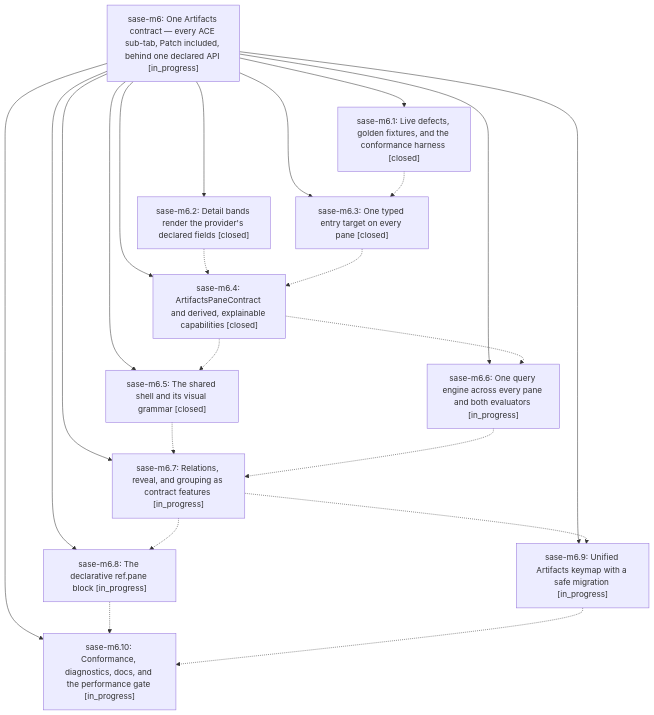
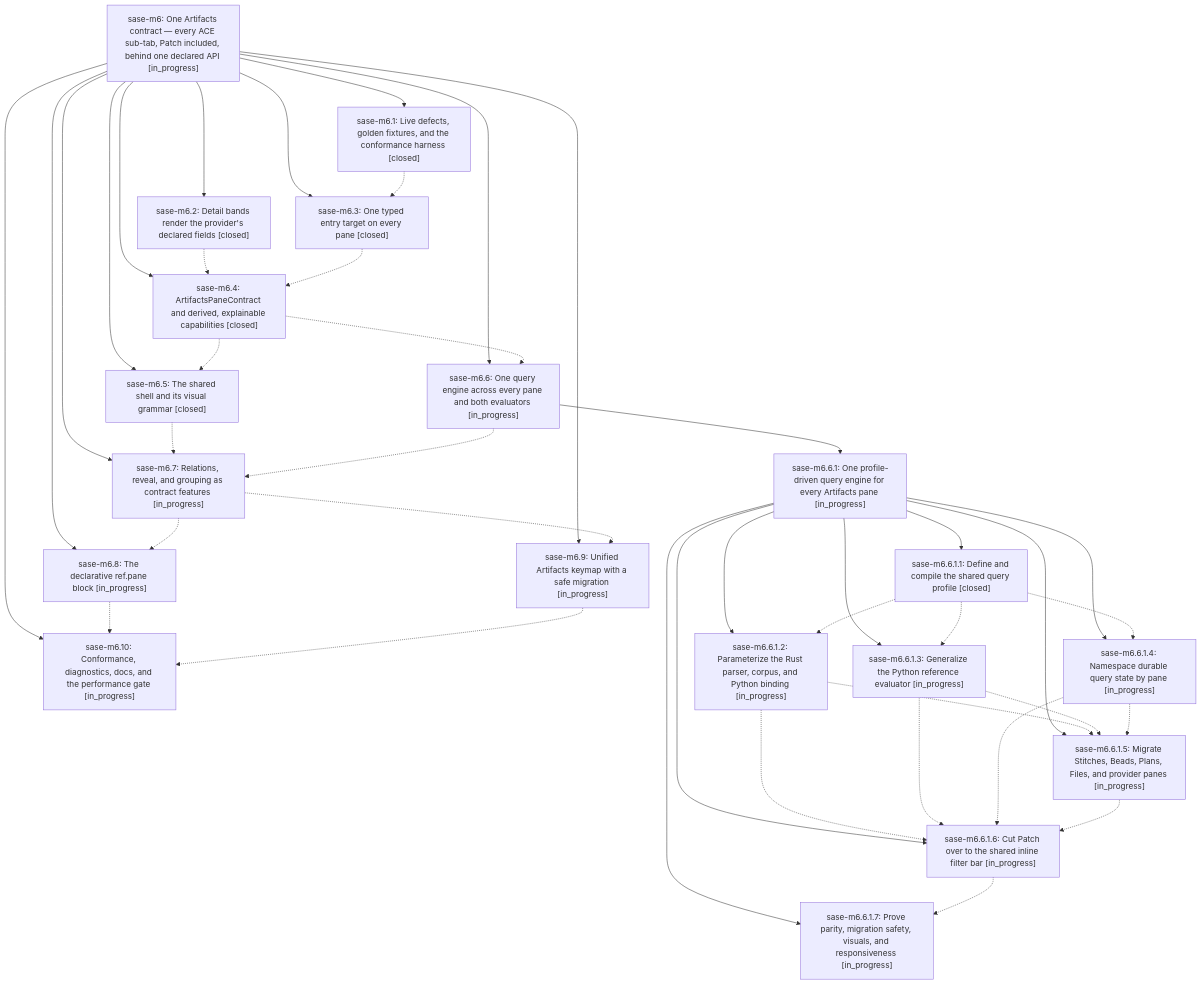
Before and after one commit to sase-org/sase--beads: the diagram in pages/sase-m6/README.md, drawn with Mermaid. The commit also changed other lines of this file and 9 other files, not shown here.

First line of the commit message:
chore(beads): sync bead state and pages for sase-m6

````diff
--- a/pages/sase-m6/README.md
+++ b/pages/sase-m6/README.md
@@ -35,35 +37,62 @@
 ```mermaid
 flowchart TD
     n0["sase-m6: One Artifacts contract — every ACE sub-tab, Patch included, behind one declared API [in_progress]"]
     n1["sase-m6.1: Live defects, golden fixtures, and the conformance harness [closed]"]
     n2["sase-m6.10: Conformance, diagnostics, docs, and the performance gate [in_progress]"]
     n3["sase-m6.2: Detail bands render the provider's declared fields [closed]"]
     n4["sase-m6.3: One typed entry target on every pane [closed]"]
     n5["sase-m6.4: ArtifactsPaneContract and derived, explainable capabilities [closed]"]
     n6["sase-m6.5: The shared shell and its visual grammar [closed]"]
     n7["sase-m6.6: One query engine across every pane and both evaluators [in_progress]"]
-    n8["sase-m6.7: Relations, reveal, and grouping as contract features [in_progress]"]
-    n9["sase-m6.8: The declarative ref.pane block [in_progress]"]
-    n10["sase-m6.9: Unified Artifacts keymap with a safe migration [in_progress]"]
+    n8["sase-m6.6.1: One profile-driven query engine for every Artifacts pane [in_progress]"]
+    n9["sase-m6.6.1.1: Define and compile the shared query profile [closed]"]
+    n10["sase-m6.6.1.2: Parameterize the Rust parser, corpus, and Python binding [in_progress]"]
+    n11["sase-m6.6.1.3: Generalize the Python reference evaluator [in_progress]"]
+    n12["sase-m6.6.1.4: Namespace durable query state by pane [in_progress]"]
+    n13["sase-m6.6.1.5: Migrate Stitches, Beads, Plans, Files, and provider panes [in_progress]"]
+    n14["sase-m6.6.1.6: Cut Patch over to the shared inline filter bar [in_progress]"]
+    n15["sase-m6.6.1.7: Prove parity, migration safety, visuals, and responsiveness [in_progress]"]
+    n16["sase-m6.7: Relations, reveal, and grouping as contract features [in_progress]"]
+    n17["sase-m6.8: The declarative ref.pane block [in_progress]"]
+    n18["sase-m6.9: Unified Artifacts keymap with a safe migration [in_progress]"]
     n0 --> n1
     n0 --> n2
     n0 --> n3
     n0 --> n4
     n0 --> n5
     n0 --> n6
     n0 --> n7
-    n0 --> n8
-    n0 --> n9
-    n0 --> n10
+    n7 --> n8
+    n8 --> n9
+    n8 --> n10
+    n8 --> n11
+    n8 --> n12
+    n8 --> n13
+    n8 --> n14
+    n8 --> n15
+    n0 --> n16
+    n0 --> n17
+    n0 --> n18
     n1 -.-> n4
     n3 -.-> n5
     n4 -.-> n5
     n5 -.-> n6
     n5 -.-> n7
-    n6 -.-> n8
-    n7 -.-> n8
-    n8 -.-> n9
-    n8 -.-> n10
-    n9 -.-> n2
-    n10 -.-> n2
+    n6 -.-> n16
+    n7 -.-> n16
+    n9 -.-> n10
+    n9 -.-> n11
+    n9 -.-> n12
+    n10 -.-> n13
+    n10 -.-> n14
+    n11 -.-> n13
+    n11 -.-> n14
+    n12 -.-> n13
+    n12 -.-> n14
+    n13 -.-> n14
+    n14 -.-> n15
+    n16 -.-> n17
+    n16 -.-> n18
+    n17 -.-> n2
+    n18 -.-> n2
 ```
````
